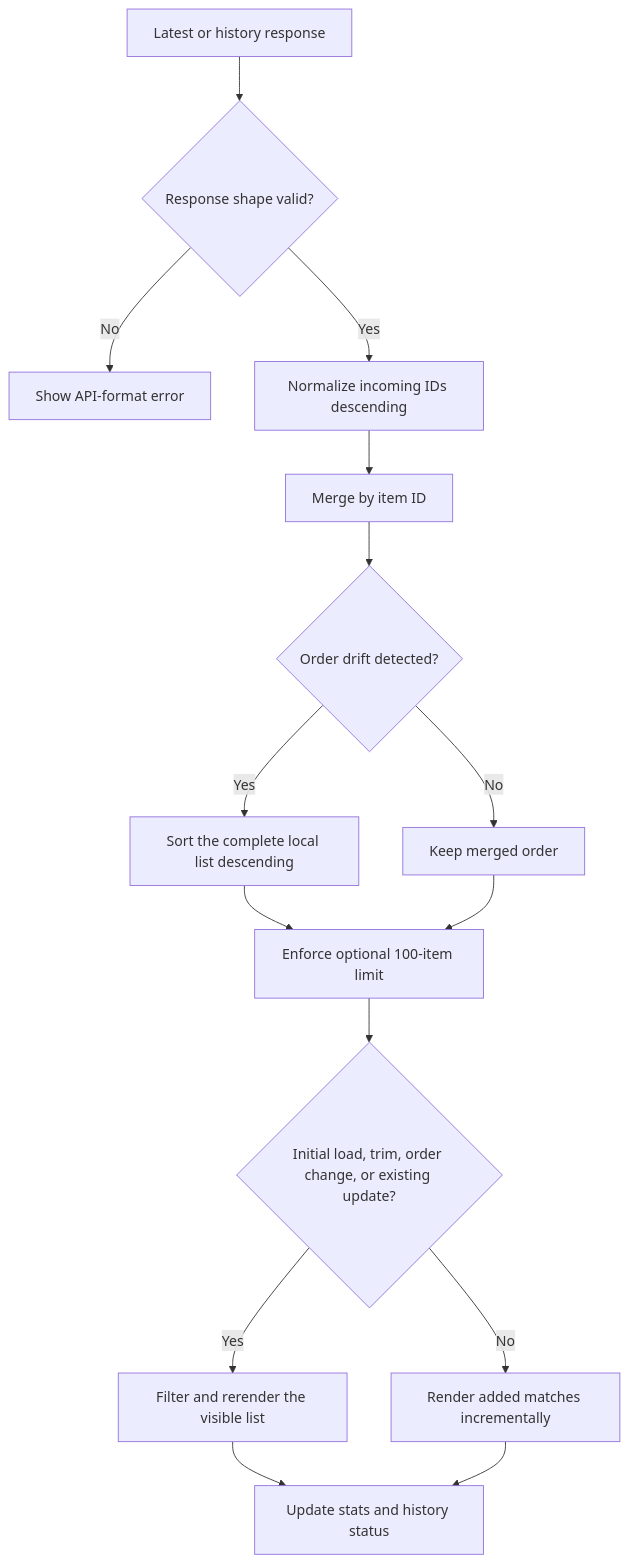
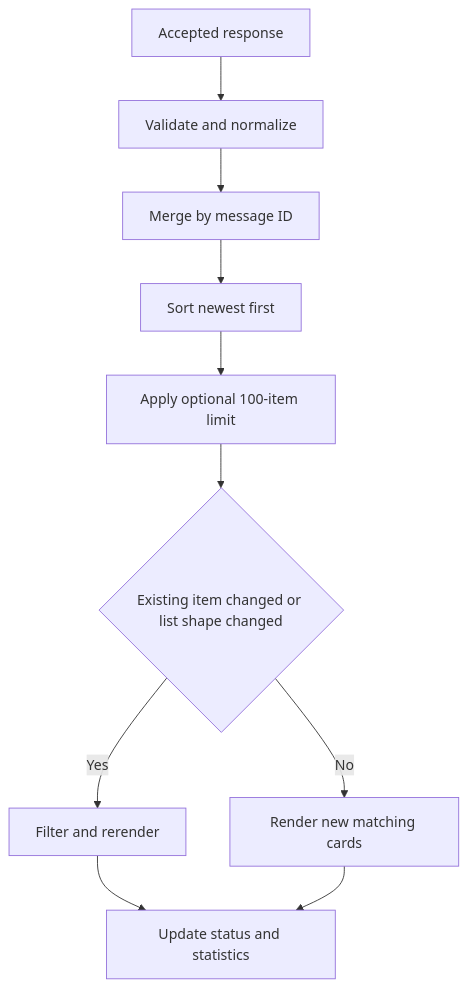
One commit to virtuecho/sina7x24 changed the third of 6 diagrams in ARCHITECTURE.md. Above: the diagram before and after it, drawn with Mermaid. The commit also changed other lines of this file and 2 other files, not shown here.

````diff
--- a/ARCHITECTURE.md
+++ b/ARCHITECTURE.md
@@ -109,17 +110,12 @@
 ```mermaid
 flowchart TD
-  A["Latest or history response"] --> B{"Response shape valid?"}
-  B -->|"No"| C["Show API-format error"]
-  B -->|"Yes"| D["Normalize incoming IDs descending"]
-  D --> E["Merge by item ID"]
-  E --> F{"Order drift detected?"}
-  F -->|"Yes"| G["Sort the complete local list descending"]
-  F -->|"No"| H["Keep merged order"]
-  G --> I["Enforce optional 100-item limit"]
+  A["Accepted response"] --> B["Validate and normalize"]
+  B --> C["Merge by message ID"]
+  C --> D["Sort newest first"]
+  D --> E["Apply optional 100-item limit"]
+  E --> F{"Existing item changed or list shape changed"}
+  F -->|Yes| G["Filter and rerender"]
+  F -->|No| H["Render new matching cards"]
+  G --> I["Update status and statistics"]
   H --> I
-  I --> J{"Initial load, trim, order change, or existing update?"}
-  J -->|"Yes"| K["Filter and rerender the visible list"]
-  J -->|"No"| L["Render added matches incrementally"]
-  K --> M["Update stats and history status"]
-  L --> M
 ```
````
